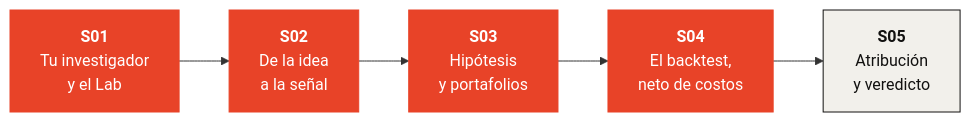
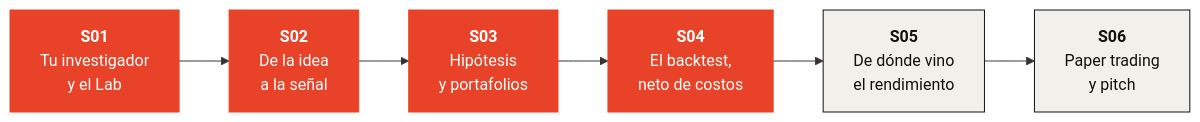
Before and after one commit to KaxaNuk/Investment-Bootcamp: the diagram in README.md, drawn with Mermaid. The commit also changed other lines of this file, not shown here.

First line of the commit message:
Seis sesiones: la S05 es la atribución, la S06 paper trading y el pitch

````diff
--- a/README.md
+++ b/README.md
@@ -58,12 +58,14 @@
 ```mermaid
 flowchart LR
     S01["<b>S01</b><br/>Tu investigador<br/>y el Lab"] --> S02["<b>S02</b><br/>De la idea<br/>a la señal"]
     S02 --> S03["<b>S03</b><br/>Hipótesis<br/>y portafolios"]
     S03 --> S04["<b>S04</b><br/>El backtest,<br/>neto de costos"]
-    S04 --> S05["<b>S05</b><br/>Atribución<br/>y veredicto"]
+    S04 --> S05["<b>S05</b><br/>De dónde vino<br/>el rendimiento"]
+    S05 --> S06["<b>S06</b><br/>Paper trading<br/>y pitch"]
     style S01 fill:#E84328,stroke:#E84328,color:#ffffff
     style S02 fill:#E84328,stroke:#E84328,color:#ffffff
     style S03 fill:#E84328,stroke:#E84328,color:#ffffff
     style S04 fill:#E84328,stroke:#E84328,color:#ffffff
     style S05 fill:#F2F0EB,stroke:#121110,color:#121110
+    style S06 fill:#F2F0EB,stroke:#121110,color:#121110
 ```
````
